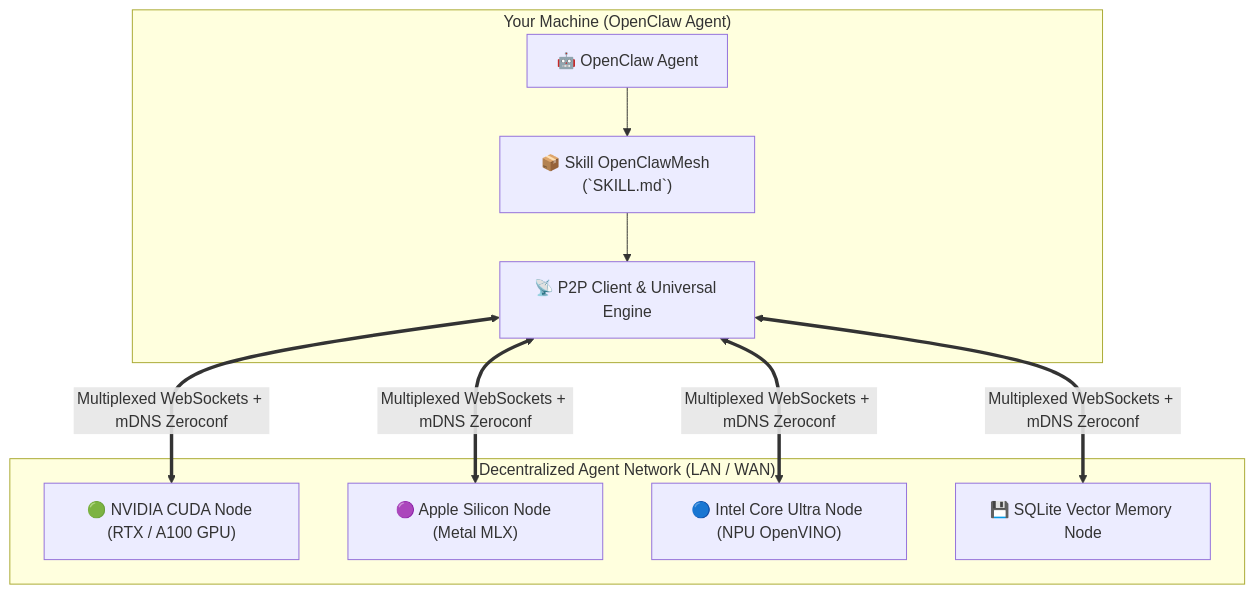
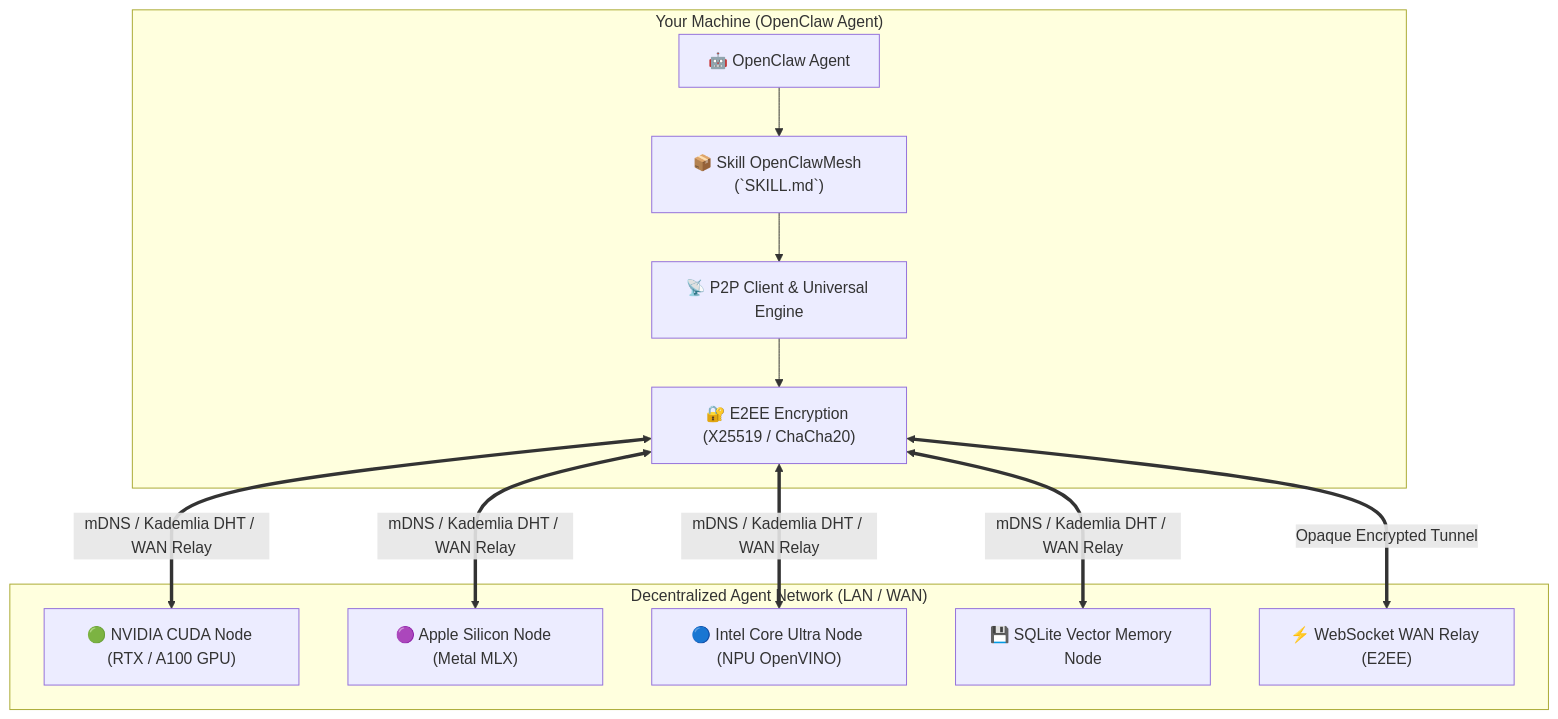
Before and after one commit to samajesteduroyaume/OpenClawMesh: the diagram in README.md, drawn with Mermaid. The commit also changed other lines of this file and 20 other files, not shown here.

Commit message:
feat: implement advanced WAN networking (STUN NAT, WebSocket Relay, Kademlia DHT, E2EE ChaCha20-Poly1305) and advanced AI inference (Distributed MoE, VRAM auto-quantization, MultiModal Vision/Whisper)

````diff
--- a/README.md
+++ b/README.md
@@ -43,22 +50,26 @@
 ```mermaid
 graph TD
     subgraph "Your Machine (OpenClaw Agent)"
         OC["🤖 OpenClaw Agent"]
         SKILL["📦 Skill OpenClawMesh (`SKILL.md`)"]
         Client["📡 P2P Client & Universal Engine"]
+        E2EE["🔐 E2EE Encryption (X25519 / ChaCha20)"]
         OC --> SKILL
         SKILL --> Client
+        Client --> E2EE
     end
 
     subgraph "Decentralized Agent Network (LAN / WAN)"
         Node1["🟢 NVIDIA CUDA Node (RTX / A100 GPU)"]
         Node2["🟣 Apple Silicon Node (Metal MLX)"]
         Node3["🔵 Intel Core Ultra Node (NPU OpenVINO)"]
         Node4["💾 SQLite Vector Memory Node"]
+        Relay["⚡ WebSocket WAN Relay (E2EE)"]
     end
 
-    Client <== "Multiplexed WebSockets + mDNS Zeroconf" ==> Node1
-    Client <== "Multiplexed WebSockets + mDNS Zeroconf" ==> Node2
-    Client <== "Multiplexed WebSockets + mDNS Zeroconf" ==> Node3
-    Client <== "Multiplexed WebSockets + mDNS Zeroconf" ==> Node4
+    E2EE <== "mDNS / Kademlia DHT / WAN Relay" ==> Node1
+    E2EE <== "mDNS / Kademlia DHT / WAN Relay" ==> Node2
+    E2EE <== "mDNS / Kademlia DHT / WAN Relay" ==> Node3
+    E2EE <== "mDNS / Kademlia DHT / WAN Relay" ==> Node4
+    E2EE <== "Opaque Encrypted Tunnel" ==> Relay
 ```
````
